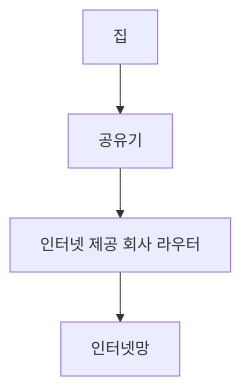
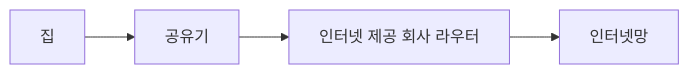
Before and after one commit to melonicedlatte/melonicedlatte.github.io: the diagram in _posts/2020-04-28-201100.md, drawn with Mermaid. The commit also changed other lines of this file, not shown here.

````diff
--- a/_posts/2020-04-28-201100.md
+++ b/_posts/2020-04-28-201100.md
@@ -30,10 +30,10 @@
 ```mermaid
-graph TD;
+graph LR;
     A[집]
     B[공유기]
     C[인터넷 제공 회사 라우터]
     D[인터넷망]
     A-->B;
     B-->C;
     C-->D;
 ```
````
